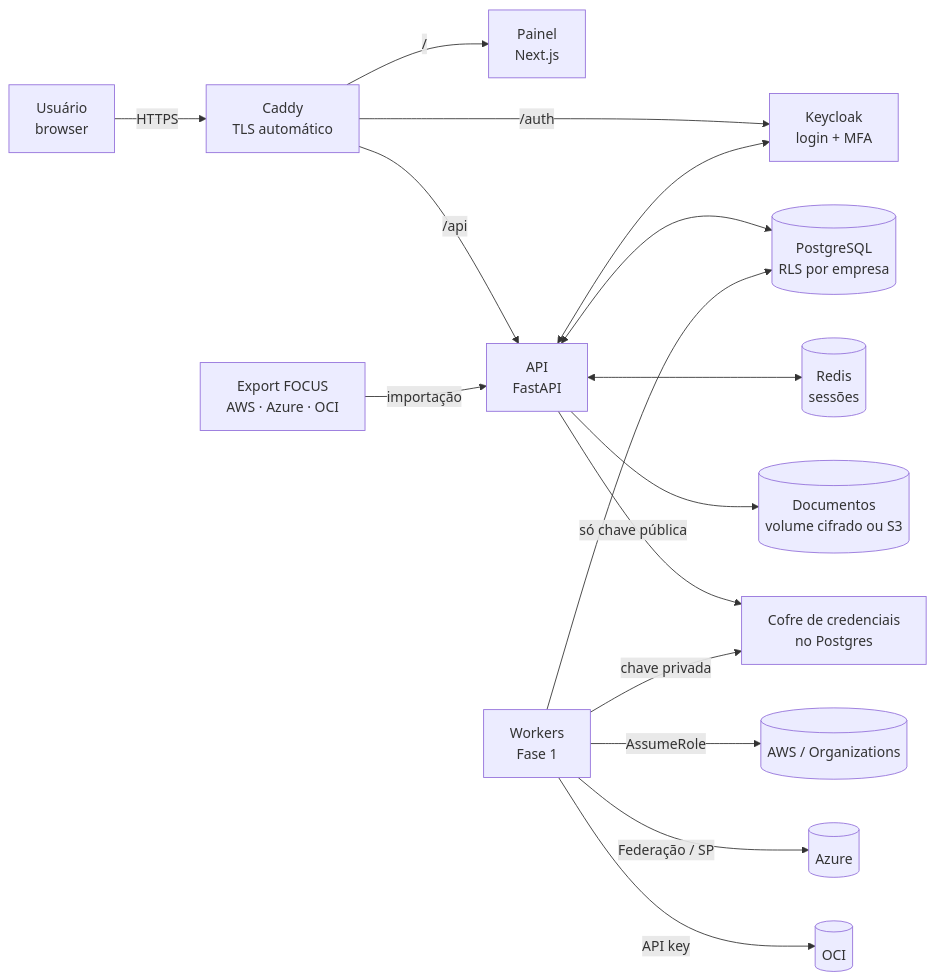
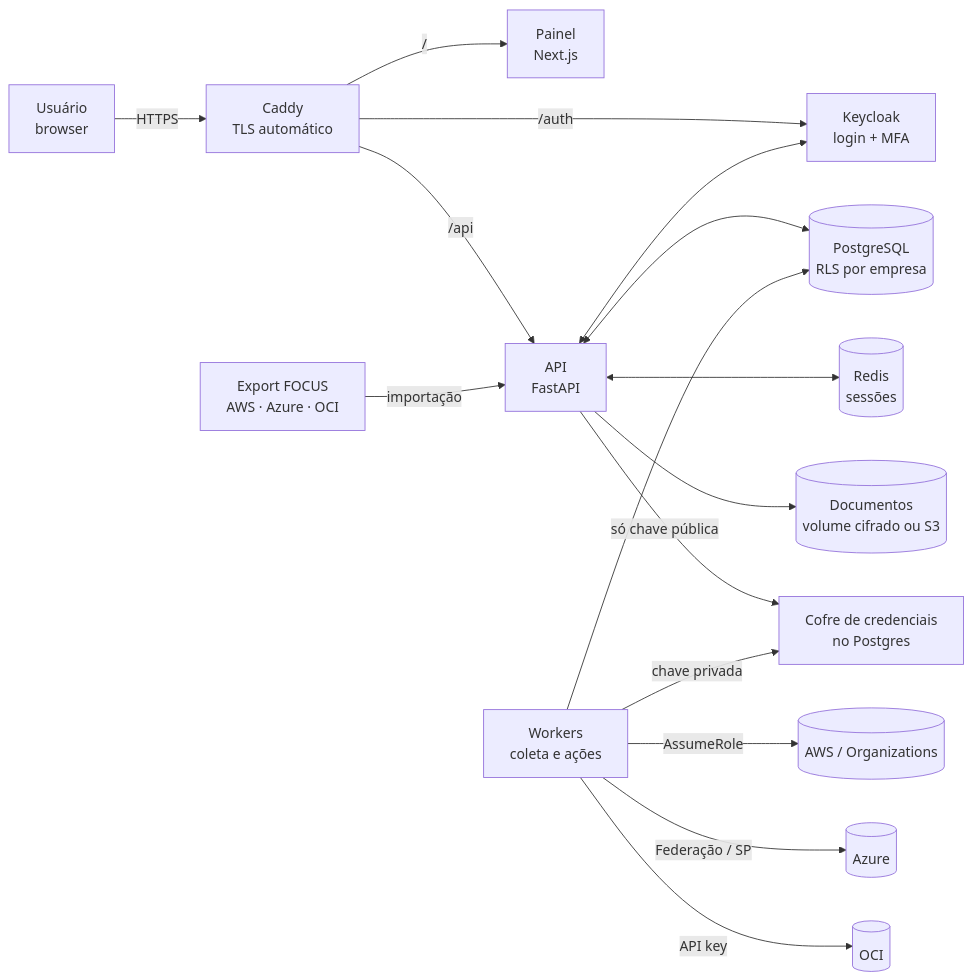
The first of 2 diagrams in docs/ARCHITECTURE.md (faiole/cloud-view), drawn with Mermaid before and after one commit. The commit also changed other lines of this file and 39 other files, not shown here.

````diff
--- a/docs/ARCHITECTURE.md
+++ b/docs/ARCHITECTURE.md
@@ -23,18 +23,18 @@
 ```mermaid
 flowchart LR
     U[Usuário<br/>browser] -->|HTTPS| CD[Caddy<br/>TLS automático]
     CD -->|/| WEB[Painel<br/>Next.js]
     CD -->|/api| API[API<br/>FastAPI]
     CD -->|/auth| KC[Keycloak<br/>login + MFA]
     API <--> KC
     API <--> PG[(PostgreSQL<br/>RLS por empresa)]
     API <--> RD[(Redis<br/>sessões)]
     API --> DOC[(Documentos<br/>volume cifrado ou S3)]
     API -->|só chave pública| VAULT[Cofre de credenciais<br/>no Postgres]
-    WK[Workers<br/>Fase 1] -->|chave privada| VAULT
+    WK[Workers<br/>coleta e ações] -->|chave privada| VAULT
     WK --> PG
     WK -->|AssumeRole| AWS[(AWS / Organizations)]
     WK -->|Federação / SP| AZ[(Azure)]
     WK -->|API key| OCI[(OCI)]
     F[Export FOCUS<br/>AWS · Azure · OCI] -->|importação| API
 ```
````
